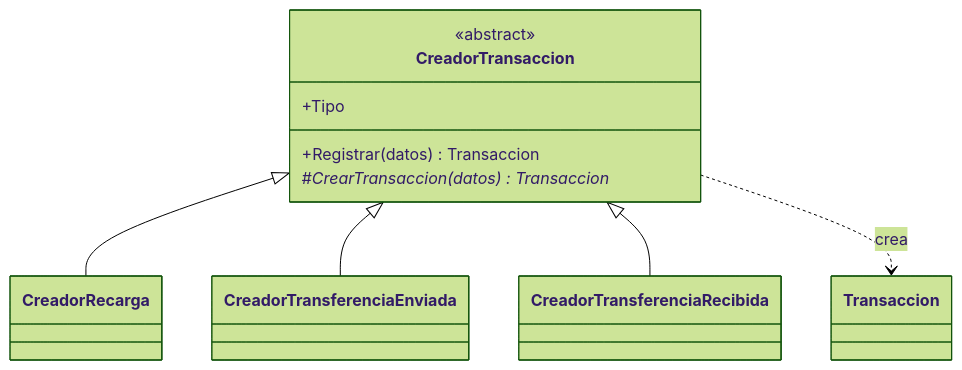
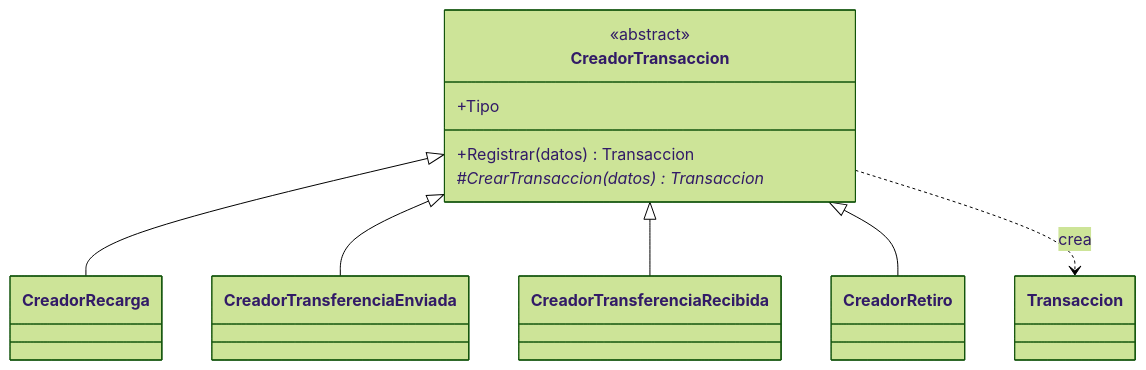
Before and after one commit to jhonatantirado/BilleteraDigital: the third of 5 diagrams in README.md, drawn with Mermaid (forest theme). The commit also changed other lines of this file and 29 other files, not shown here.

Commit message:
Factory Method + Observer: nuevo tipo Retiro con su creador y un PuntosFidelidadObserver

````diff
--- a/README.md
+++ b/README.md
@@ -179,13 +184,14 @@
 ```mermaid
 classDiagram
   class CreadorTransaccion {
     <<abstract>>
     +Tipo
     +Registrar(datos) Transaccion
     #CrearTransaccion(datos)* Transaccion
   }
   CreadorTransaccion <|-- CreadorRecarga
   CreadorTransaccion <|-- CreadorTransferenciaEnviada
   CreadorTransaccion <|-- CreadorTransferenciaRecibida
+  CreadorTransaccion <|-- CreadorRetiro
   CreadorTransaccion ..> Transaccion : crea
 ```
````
